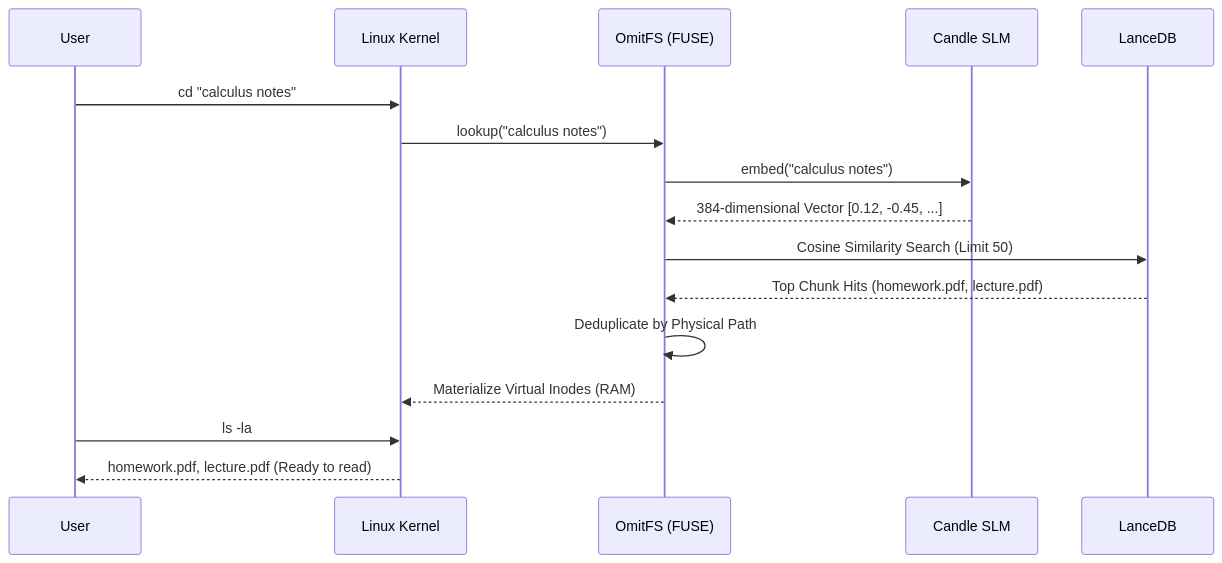
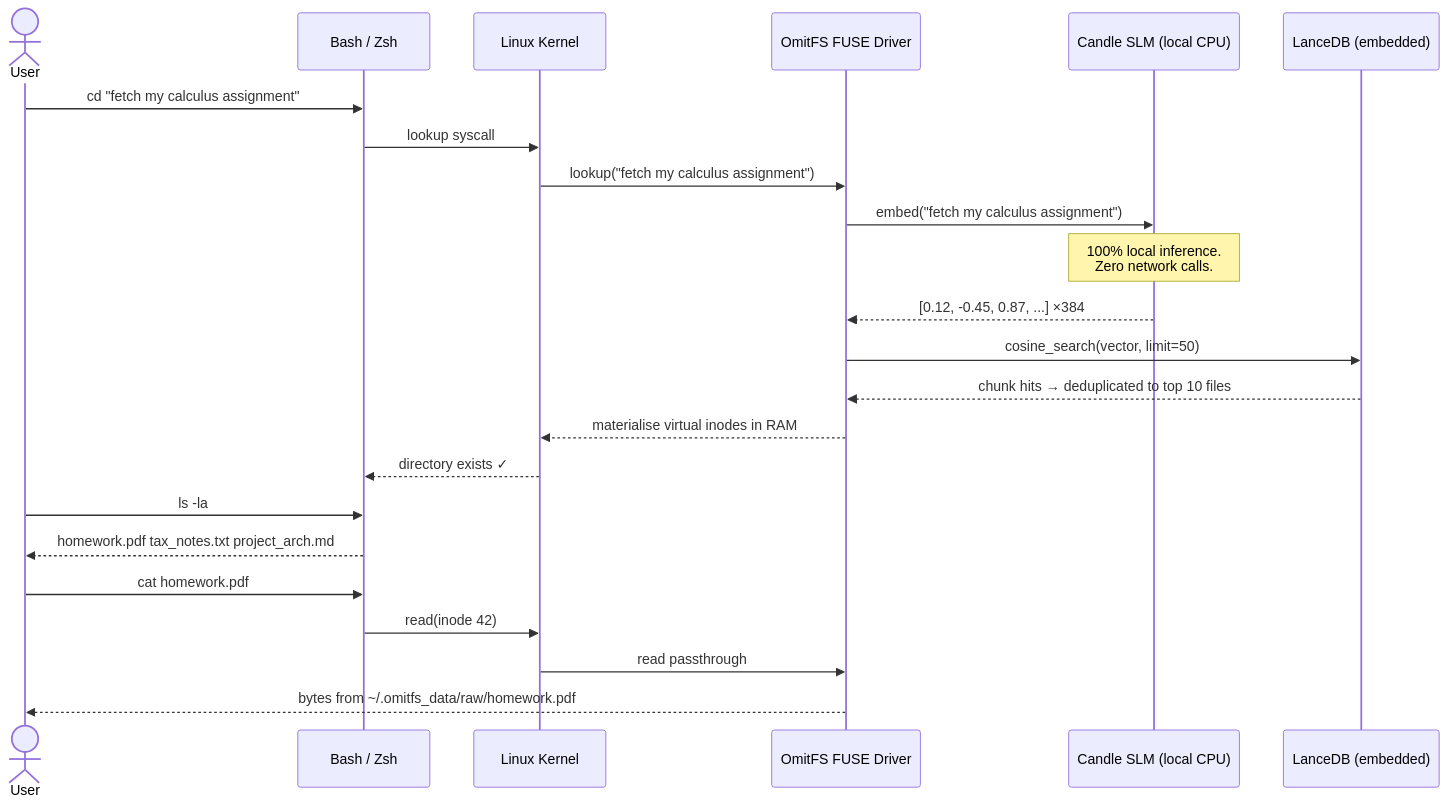
The first of 2 diagrams in README.md (Panav-Payappagoudar/OmitFS), drawn with Mermaid before and after one commit. The commit also changed other lines of this file and 3 other files, not shown here.

Commit message:
Add omit select file manager, rename/move FUSE, animated README, full command reference

````diff
--- a/README.md
+++ b/README.md
@@ -41,19 +68,26 @@
 ```mermaid
 sequenceDiagram
-    participant User
-    participant OS_Kernel as Linux Kernel
-    participant FUSE as OmitFS (FUSE)
-    participant Engine as Candle SLM
-    participant DB as LanceDB
-    
-    User->>OS_Kernel: cd "calculus notes"
-    OS_Kernel->>FUSE: lookup("calculus notes")
-    FUSE->>Engine: embed("calculus notes")
-    Engine-->>FUSE: 384-dimensional Vector [0.12, -0.45, ...]
-    FUSE->>DB: Cosine Similarity Search (Limit 50)
-    DB-->>FUSE: Top Chunk Hits (homework.pdf, lecture.pdf)
-    FUSE->>FUSE: Deduplicate by Physical Path
-    FUSE-->>OS_Kernel: Materialize Virtual Inodes (RAM)
-    User->>OS_Kernel: ls -la
-    OS_Kernel-->>User: homework.pdf, lecture.pdf (Ready to read)
+    actor User
+    participant Shell as Bash / Zsh
+    participant Kernel as Linux Kernel
+    participant FUSE as OmitFS FUSE Driver
+    participant Candle as Candle SLM (local CPU)
+    participant Lance as LanceDB (embedded)
+
+    User->>Shell: cd "fetch my calculus assignment"
+    Shell->>Kernel: lookup syscall
+    Kernel->>FUSE: lookup("fetch my calculus assignment")
+    FUSE->>Candle: embed("fetch my calculus assignment")
+    Note over Candle: 100% local inference.<br/>Zero network calls.
+    Candle-->>FUSE: [0.12, -0.45, 0.87, ...] ×384
+    FUSE->>Lance: cosine_search(vector, limit=50)
+    Lance-->>FUSE: chunk hits → deduplicated to top 10 files
+    FUSE-->>Kernel: materialise virtual inodes in RAM
+    Kernel-->>Shell: directory exists ✓
+    User->>Shell: ls -la
+    Shell-->>User: homework.pdf  tax_notes.txt  project_arch.md
+    User->>Shell: cat homework.pdf
+    Shell->>Kernel: read(inode 42)
+    Kernel->>FUSE: read passthrough
+    FUSE-->>User: bytes from ~/.omitfs_data/raw/homework.pdf
 ```
````
